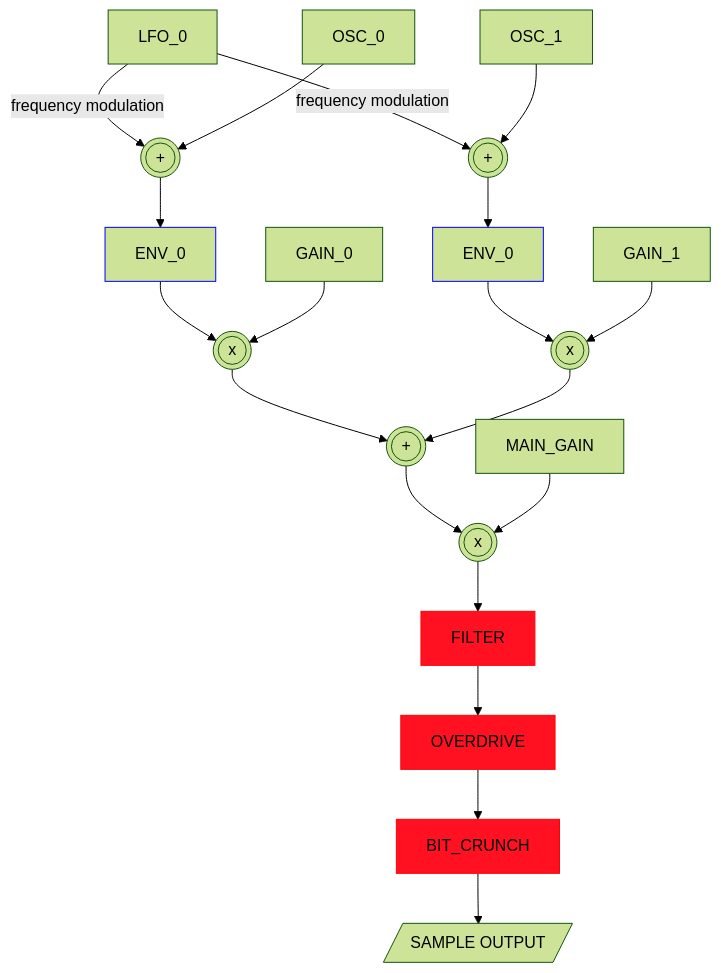
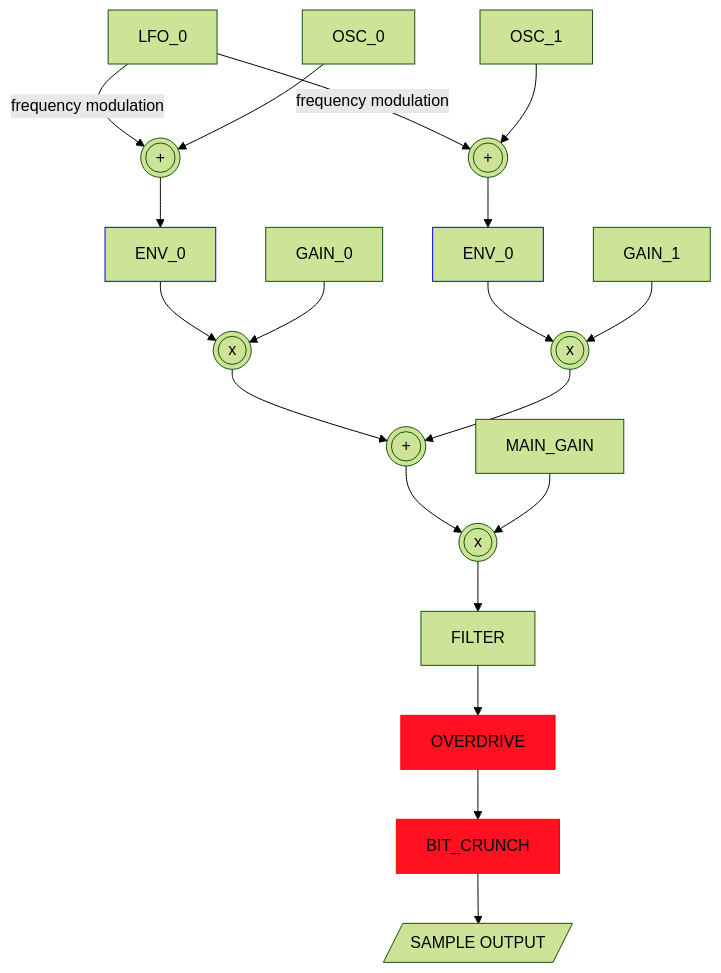
One commit to hi-squeaky-things/little-weirdo changed the second of 2 diagrams in examples/patches/README.md. Above: the diagram before and after it, drawn with Mermaid (forest theme).

Commit message:
filter enabled in README.md

````diff
--- a/examples/patches/README.md
+++ b/examples/patches/README.md
@@ -133,51 +133,51 @@
 ```mermaid
   graph TD;
       
 
       A --> ENV_0_0
       B --> ENV_0_1
 
       LFO_0 -- frequency modulation --> A
       OSC_0 --> A
       
 
       LFO_0 -- frequency modulation --> B
       OSC_1 --> B
 
 
       A@{ shape: dbl-circ, label: "+" }
       B@{ shape: dbl-circ, label: "+" }
 
 
       GAIN_X@{ shape: dbl-circ, label: "x" }
       GAIN_Y@{ shape: dbl-circ, label: "x" }
 
       ENV_0_0[ENV_0]:::same  --> GAIN_X
       ENV_0_1[ENV_0]:::same --> GAIN_Y
 
       GAIN_0 --> GAIN_X
       GAIN_1 --> GAIN_Y
 
       GAIN_X --> MIXER  
 
       GAIN_Y --> MIXER
       MIXER@{ shape: dbl-circ, label: "+" }
 
         MIXER --> TOTAL_MIX
       MAIN_GAIN --> TOTAL_MIX
 
       TOTAL_MIX@{ shape: dbl-circ, label: "x" }
      
      TOTAL_MIX --> FILTER
 
-      FILTER:::passthrough --> OVERDRIVE
+      FILTER --> OVERDRIVE
       OVERDRIVE:::passthrough --> BIT_CRUNCH
       BIT_CRUNCH:::passthrough --> OUT
     OUT@{ shape: lean-r, label: "SAMPLE OUTPUT" }
 
     classDef passthrough stroke:#f00,fill:#FF1122
     classDef same stroke:#00f
    
 
 
 ```
````
